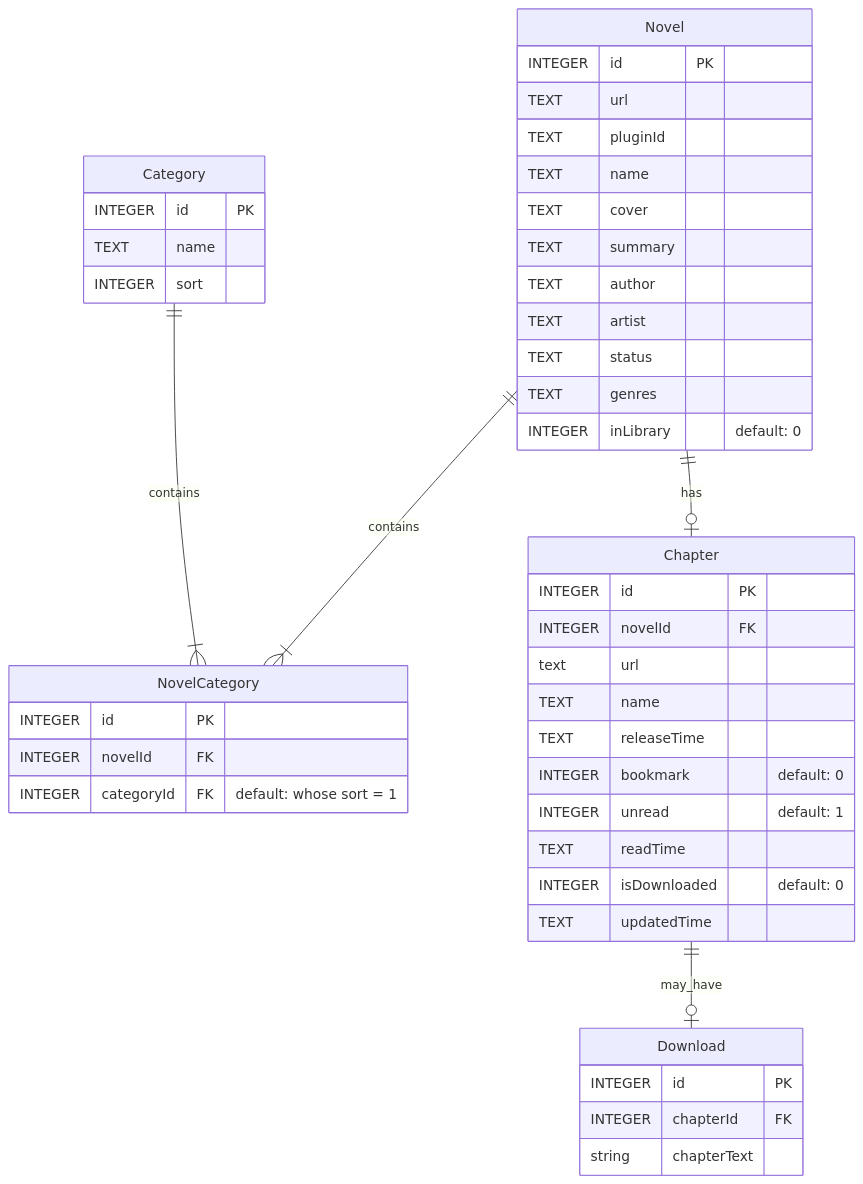
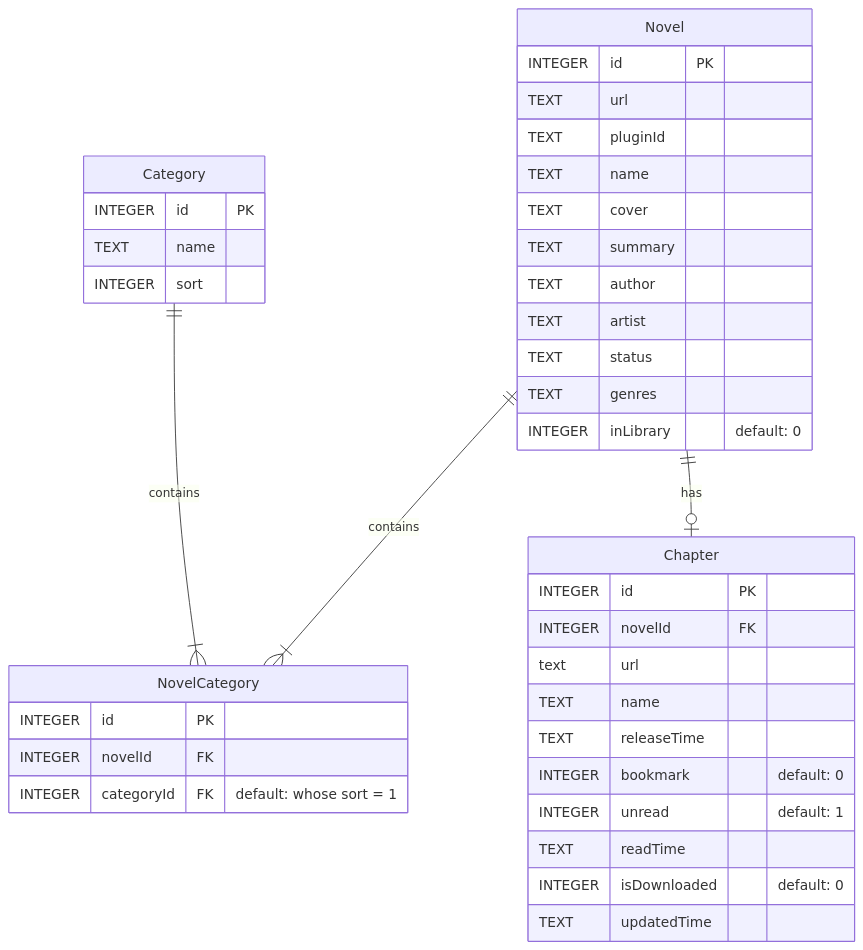
One commit to InternetRembo/novel-reader changed the diagram in CONTRIBUTING.md. Above: the diagram before and after it, drawn with Mermaid. The commit also changed 23 other files, not shown here.

````diff
--- a/CONTRIBUTING.md
+++ b/CONTRIBUTING.md
@@ -61,47 +61,41 @@
 ```mermaid
 erDiagram
     Category ||--|{ NovelCategory : contains
     Category{
       INTEGER id PK
       TEXT name
       INTEGER sort
     }
     NovelCategory{
       INTEGER id PK
       INTEGER novelId FK
       INTEGER categoryId FK "default: whose sort = 1"
     }
     Novel ||--|{ NovelCategory : contains
     Novel{
       INTEGER id PK
       TEXT url
       TEXT pluginId
       TEXT name
       TEXT cover
       TEXT summary
       TEXT author
       TEXT artist
       TEXT status
       TEXT genres
       INTEGER inLibrary "default: 0"
     }
     Novel ||--o| Chapter : has
-    Chapter ||--o| Download : may_have
     Chapter{
       INTEGER id PK
       INTEGER novelId FK
       text url
       TEXT name
       TEXT releaseTime
       INTEGER bookmark  "default: 0"
       INTEGER unread    "default: 1"
       TEXT readTime
       INTEGER isDownloaded  "default: 0"
       TEXT updatedTime
     }
-    Download{
-      INTEGER id PK
-      INTEGER chapterId FK
-      string chapterText
-    }
 ```
````
